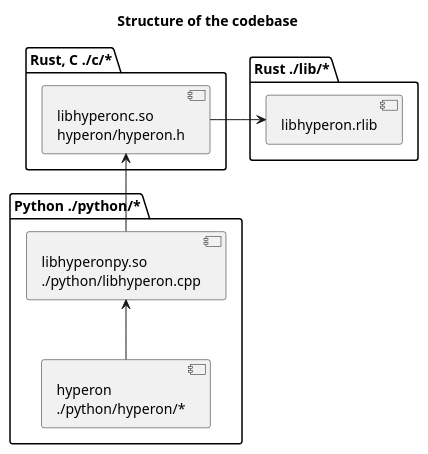
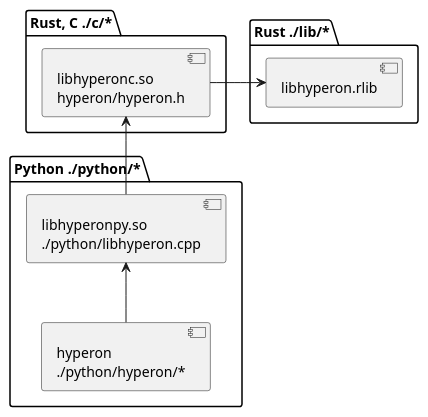
One commit to trueagi-io/hyperon-experimental changed the diagram in doc/structure.plantuml. Above: the diagram before and after it, drawn with PlantUML. The commit also changed 2 other files, not shown here.

```diff
--- a/doc/structure.plantuml
+++ b/doc/structure.plantuml
@@ -1,22 +1,20 @@
 @startuml
-
-title Structure of the codebase
 
 package "Rust ./lib/*" {
   [libhyperon.rlib] as libhyperon
 }
 
 package "Rust, C ./c/*" {
   [libhyperonc.so\nhyperon/hyperon.h] as libhyperonc
 }
 
 package "Python ./python/*" {
   [libhyperonpy.so\n./python/libhyperon.cpp] as libhyperonpy
   [hyperon\n./python/hyperon/*] as hyperonpy
 }
 
 libhyperonc -> libhyperon
 libhyperonpy -u-> libhyperonc
 hyperonpy -u-> libhyperonpy
 
 @enduml
```
